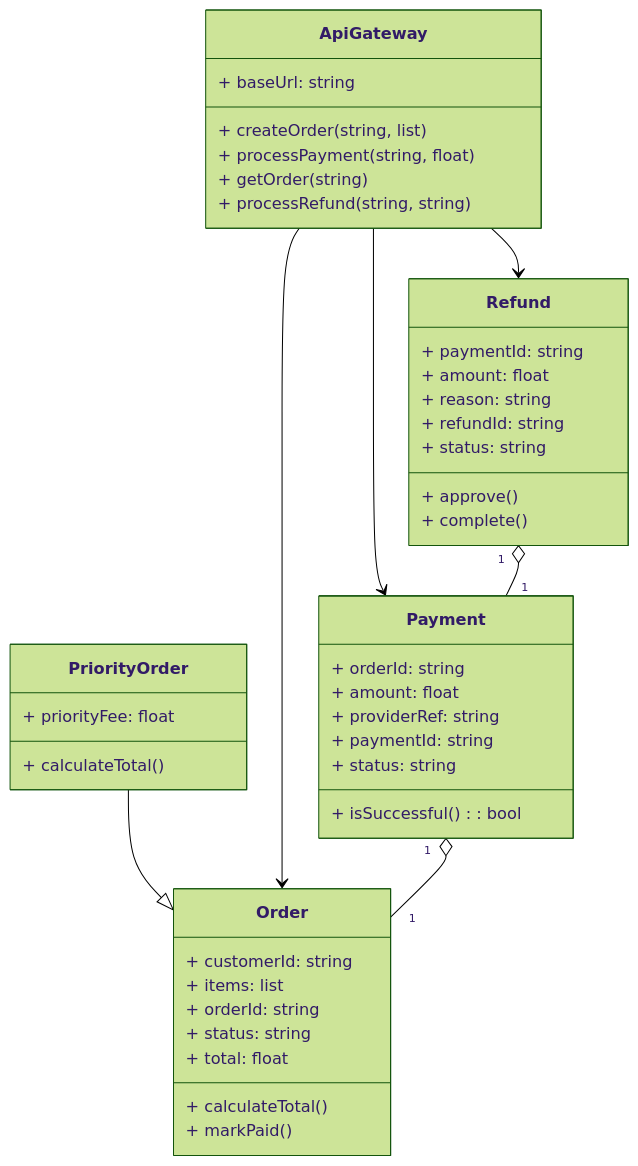
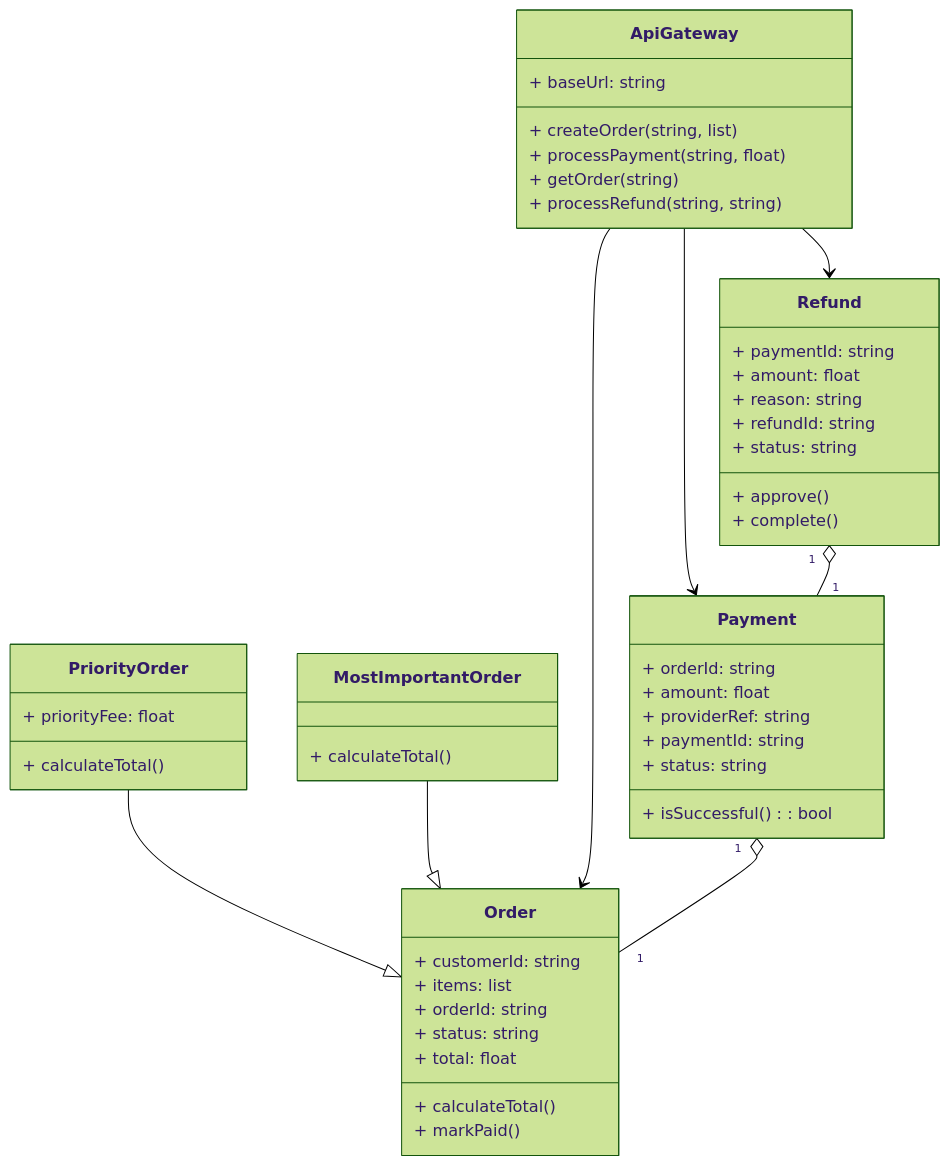
The diagram in docs/architecture/uml_domain_model.md (matzatezalo/local_arcbot_testing), drawn with Mermaid (forest theme) before and after one commit. The commit also changed other lines of this file, not shown here.

Commit message:
feat: Generated architecture diagrams

````diff
--- a/docs/architecture/uml_domain_model.md
+++ b/docs/architecture/uml_domain_model.md
@@ -9,47 +9,51 @@
 ```mermaid
 classDiagram
     class ApiGateway {
         + baseUrl: string
         + createOrder(string, list)
         + processPayment(string, float)
         + getOrder(string)
         + processRefund(string, string)
     }
     class Order {
         + customerId: string
         + items: list
         + orderId: string
         + status: string
         + total: float
         + calculateTotal()
         + markPaid()
     }
     class PriorityOrder {
         + priorityFee: float
         + calculateTotal()
     }
+    class MostImportantOrder {
+        + calculateTotal()
+    }
     class Payment {
         + orderId: string
         + amount: float
         + providerRef: string
         + paymentId: string
         + status: string
         + isSuccessful(): bool
     }
     class Refund {
         + paymentId: string
         + amount: float
         + reason: string
         + refundId: string
         + status: string
         + approve()
         + complete()
     }
 
     PriorityOrder --|> Order
+    MostImportantOrder --|> Order
     ApiGateway --> Order
     ApiGateway --> Payment
     ApiGateway --> Refund
     Payment "1" o-- "1" Order
     Refund "1" o-- "1" Payment
 ```
````
